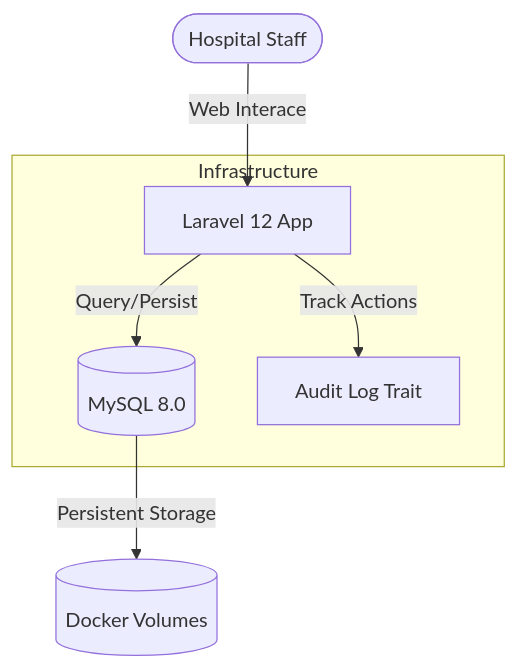
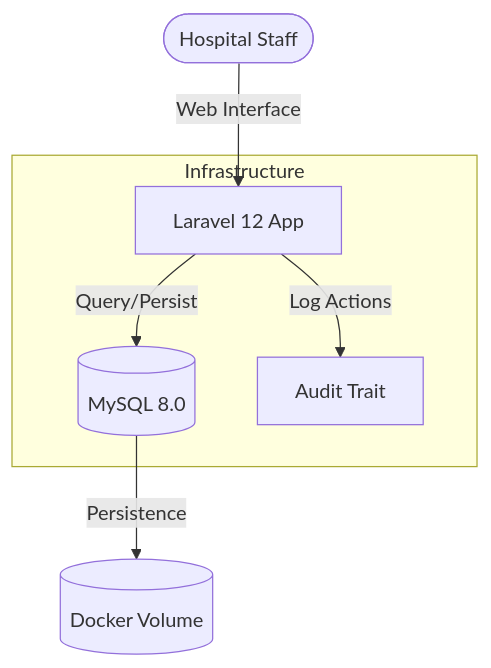
The diagram in README.md (Gabrielz11/OrtoTraceability), drawn with Mermaid before and after one commit. The commit also changed other lines of this file, not shown here.

````diff
--- a/README.md
+++ b/README.md
@@ -61,9 +58,9 @@
 ```mermaid
 graph TD
-    User([Hospital Staff]) -->|Web Interace| App[Laravel 12 App]
-    subgraph infrastructure [Infrastructure]
+    User([Hospital Staff]) -->|Web Interface| App[Laravel 12 App]
+    subgraph Infrastructure
         App -->|Query/Persist| DB[(MySQL 8.0)]
-        App -->|Track Actions| Audit[Audit Log Trait]
+        App -->|Log Actions| Audit[Audit Trait]
     end
-    DB -->|Persistent Storage| Volume[(Docker Volumes)]
+    DB -->|Persistence| Volume[(Docker Volume)]
 ```
````
